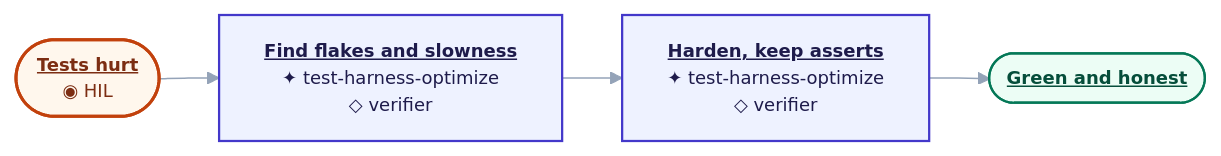
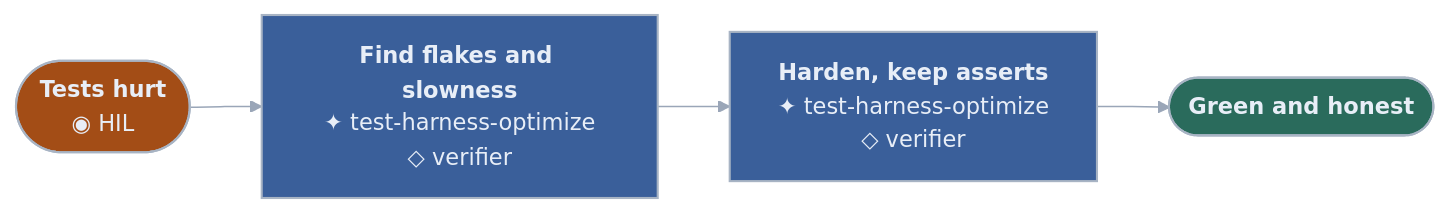
Before and after one commit to RaphaelBecker/cursor-harness: the eighth of 14 diagrams in README.md, drawn with Mermaid. The commit also changed other lines of this file and 12 other files, not shown here.

````diff
--- a/README.md
+++ b/README.md
@@ -474,17 +468,17 @@
 ```mermaid
-%%{init: {"theme":"base","themeVariables":{"fontFamily":"ui-sans-serif,system-ui,sans-serif","fontSize":"12px","lineColor":"#94a3b8"},"flowchart":{"curve":"basis","htmlLabels":true,"nodeSpacing":22,"rankSpacing":40}}}%%
+%%{init: {"theme":"base","themeVariables":{"darkMode":true,"fontFamily":"ui-sans-serif, system-ui, -apple-system, Segoe UI, sans-serif","fontSize":"15px","background":"#2B313C","lineColor":"#9AA6B8","textColor":"#9AA6B8","primaryTextColor":"#E8EEF7","edgeLabelBackground":"#2B313C"},"flowchart":{"curve":"basis","htmlLabels":true,"nodeSpacing":31,"rankSpacing":48,"padding":16,"useMaxWidth":true}}}%%
 flowchart LR
-  A(["<b><u>Tests hurt</u></b><br/>◉ HIL"])
-  B["<b><u>Find flakes and slowness</u></b><br/>✦ test-harness-optimize<br/>◇ verifier"]
-  C["<b><u>Harden, keep asserts</u></b><br/>✦ test-harness-optimize<br/>◇ verifier"]
-  D(["<b><u>Green and honest</u></b>"])
+  A(["<b>Tests hurt</b><br/>◉ HIL"])
+  B["<b>Find flakes and slowness</b><br/>✦ test-harness-optimize<br/>◇ verifier"]
+  C["<b>Harden, keep asserts</b><br/>✦ test-harness-optimize<br/>◇ verifier"]
+  D(["<b>Green and honest</b>"])
 
   A --> B --> C --> D
 
-  classDef skill fill:#eef2ff,stroke:#4338ca,stroke-width:1.5px,color:#1e1b4b
-  classDef hil fill:#fff7ed,stroke:#c2410c,stroke-width:2px,color:#7c2d12
-  classDef done fill:#ecfdf5,stroke:#047857,stroke-width:1.5px,color:#064e3b
+  classDef skill fill:#3A5F9A,stroke:#A8B4C4,stroke-width:1.4px,color:#E8EEF7
+  classDef hil fill:#A34D16,stroke:#A8B4C4,stroke-width:1.4px,color:#E8EEF7
+  classDef done fill:#2A6B5C,stroke:#A8B4C4,stroke-width:1.4px,color:#E8EEF7
   class A hil
   class B,C skill
   class D done
 ```
````
